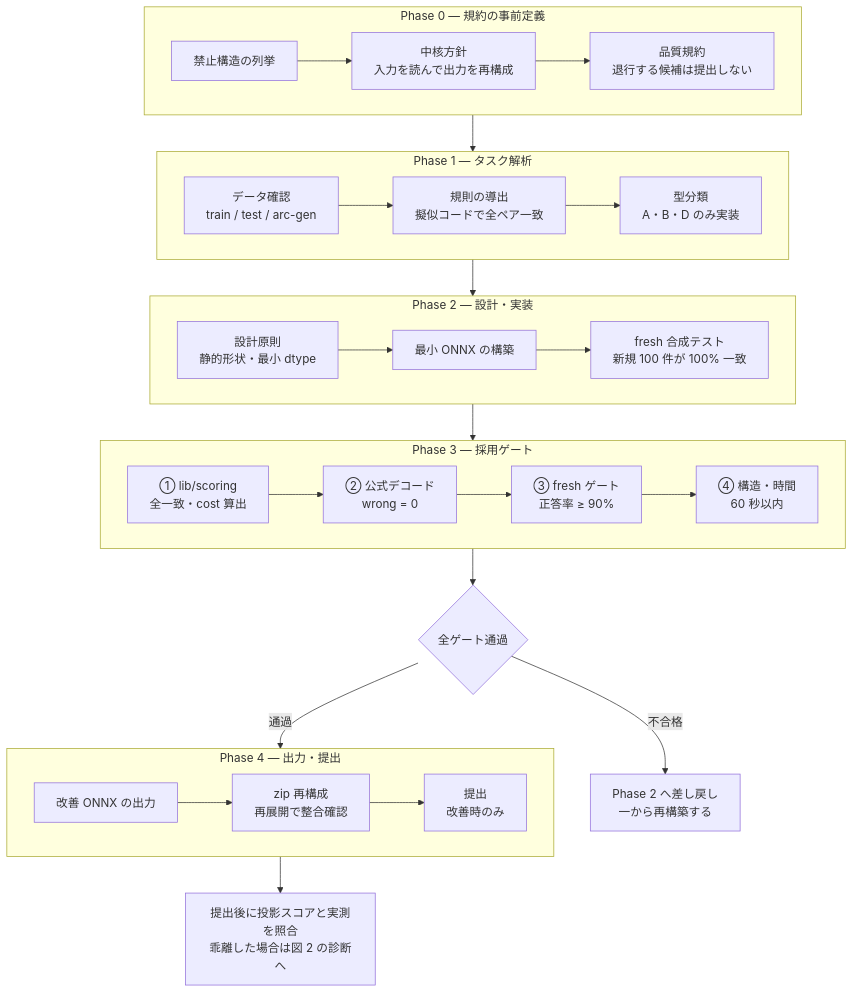
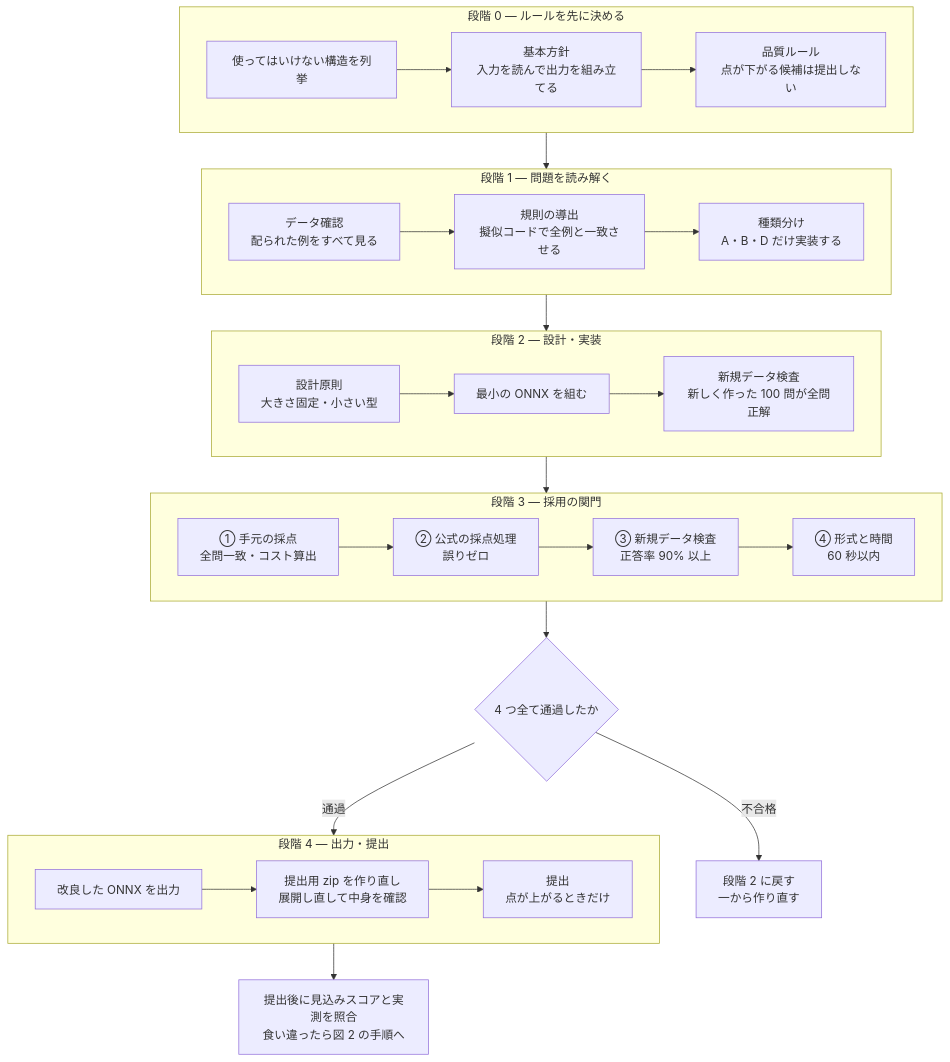
Before and after one commit to Kimurist2024/neurogolf-solution: the first of 2 diagrams in README.md, drawn with Mermaid. The commit also changed other lines of this file, not shown here.

````diff
--- a/README.md
+++ b/README.md
@@ -134,33 +151,33 @@
 ```mermaid
 flowchart TB
-    subgraph P0["Phase 0 — 規約の事前定義"]
+    subgraph P0["段階 0 — ルールを先に決める"]
         direction LR
-        P0a["禁止構造の列挙"] --> P0b["中核方針<br/>入力を読んで出力を再構成"] --> P0c["品質規約<br/>退行する候補は提出しない"]
+        P0a["使ってはいけない構造を列挙"] --> P0b["基本方針<br/>入力を読んで出力を組み立てる"] --> P0c["品質ルール<br/>点が下がる候補は提出しない"]
     end
 
-    subgraph P1["Phase 1 — タスク解析"]
+    subgraph P1["段階 1 — 問題を読み解く"]
         direction LR
-        P1a["データ確認<br/>train / test / arc-gen"] --> P1b["規則の導出<br/>擬似コードで全ペア一致"] --> P1c["型分類<br/>A・B・D のみ実装"]
+        P1a["データ確認<br/>配られた例をすべて見る"] --> P1b["規則の導出<br/>擬似コードで全例と一致させる"] --> P1c["種類分け<br/>A・B・D だけ実装する"]
     end
 
-    subgraph P2["Phase 2 — 設計・実装"]
+    subgraph P2["段階 2 — 設計・実装"]
         direction LR
-        P2a["設計原則<br/>静的形状・最小 dtype"] --> P2b["最小 ONNX の構築"] --> P2c["fresh 合成テスト<br/>新規 100 件が 100% 一致"]
+        P2a["設計原則<br/>大きさ固定・小さい型"] --> P2b["最小の ONNX を組む"] --> P2c["新規データ検査<br/>新しく作った 100 問が全問正解"]
     end
 
-    subgraph P3["Phase 3 — 採用ゲート"]
+    subgraph P3["段階 3 — 採用の関門"]
         direction LR
-        G1["① lib/scoring<br/>全一致・cost 算出"] --> G2["② 公式デコード<br/>wrong = 0"] --> G3["③ fresh ゲート<br/>正答率 ≥ 90%"] --> G4["④ 構造・時間<br/>60 秒以内"]
+        G1["① 手元の採点<br/>全問一致・コスト算出"] --> G2["② 公式の採点処理<br/>誤りゼロ"] --> G3["③ 新規データ検査<br/>正答率 90% 以上"] --> G4["④ 形式と時間<br/>60 秒以内"]
     end
 
-    subgraph P4["Phase 4 — 出力・提出"]
+    subgraph P4["段階 4 — 出力・提出"]
         direction LR
-        P4a["改善 ONNX の出力"] --> P4b["zip 再構成<br/>再展開で整合確認"] --> P4c["提出<br/>改善時のみ"]
+        P4a["改良した ONNX を出力"] --> P4b["提出用 zip を作り直し<br/>展開し直して中身を確認"] --> P4c["提出<br/>点が上がるときだけ"]
     end
 
     P0 --> P1 --> P2 --> P3
-    P3 --> D{"全ゲート通過"}
+    P3 --> D{"4 つ全て通過したか"}
     D -- "通過" --> P4
-    D -- "不合格" --> R["Phase 2 へ差し戻し<br/>一から再構築する"]
-    P4 --> V["提出後に投影スコアと実測を照合<br/>乖離した場合は図 2 の診断へ"]
+    D -- "不合格" --> R["段階 2 に戻す<br/>一から作り直す"]
+    P4 --> V["提出後に見込みスコアと実測を照合<br/>食い違ったら図 2 の手順へ"]
 ```
````
